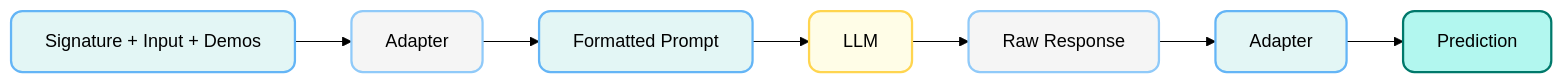
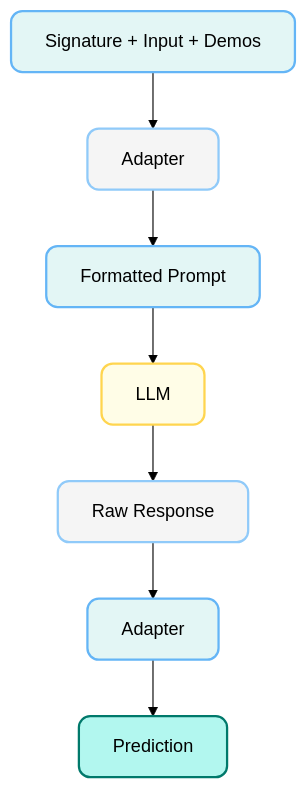
One commit to MaximeRivest/maximerivest-blog changed the diagram in posts/dspy-how-it-work.qmd. Above: the diagram before and after it, drawn with Mermaid (forest theme). The commit also changed 8 other files, not shown here.

First line of the commit message:
Fix Mermaid diagram cutoff issue

````diff
--- a/posts/dspy-how-it-work.qmd
+++ b/posts/dspy-how-it-work.qmd
@@ -14,20 +14,20 @@
 ```{mermaid}
-flowchart LR
+flowchart TD
     style SIG fill:#e3f6f5,stroke:#64b5f6,stroke-width:2px,rx:10,ry:10
     style ADAPT1 fill:#f5f5f5,stroke:#90caf9,stroke-width:2px,rx:10,ry:10
     style PROMPT fill:#e3f6f5,stroke:#64b5f6,stroke-width:2px,rx:10,ry:10
     style LLM fill:#fffde7,stroke:#ffd54f,stroke-width:2px,rx:10,ry:10
     style RAW fill:#f5f5f5,stroke:#90caf9,stroke-width:2px,rx:10,ry:10
     style ADAPT2 fill:#e3f6f5,stroke:#64b5f6,stroke-width:2px,rx:10,ry:10
     style PRED fill:#b2f7ef,stroke:#00796b,stroke-width:2px,rx:10,ry:10
 
     SIG["Signature + Input + Demos"]
     ADAPT1["Adapter"]
     PROMPT["Formatted Prompt"]
     LLM["LLM"]
     RAW["Raw Response"]
     ADAPT2["Adapter"]
     PRED["Prediction"]
 
     SIG --> ADAPT1 --> PROMPT --> LLM --> RAW --> ADAPT2 --> PRED
 ```
````
